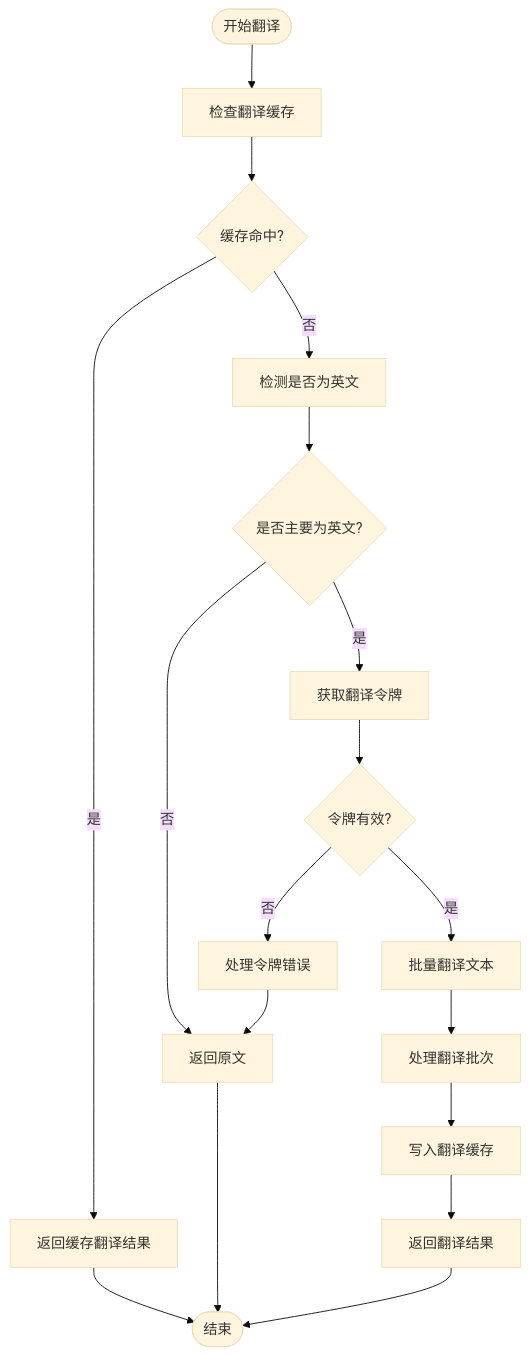
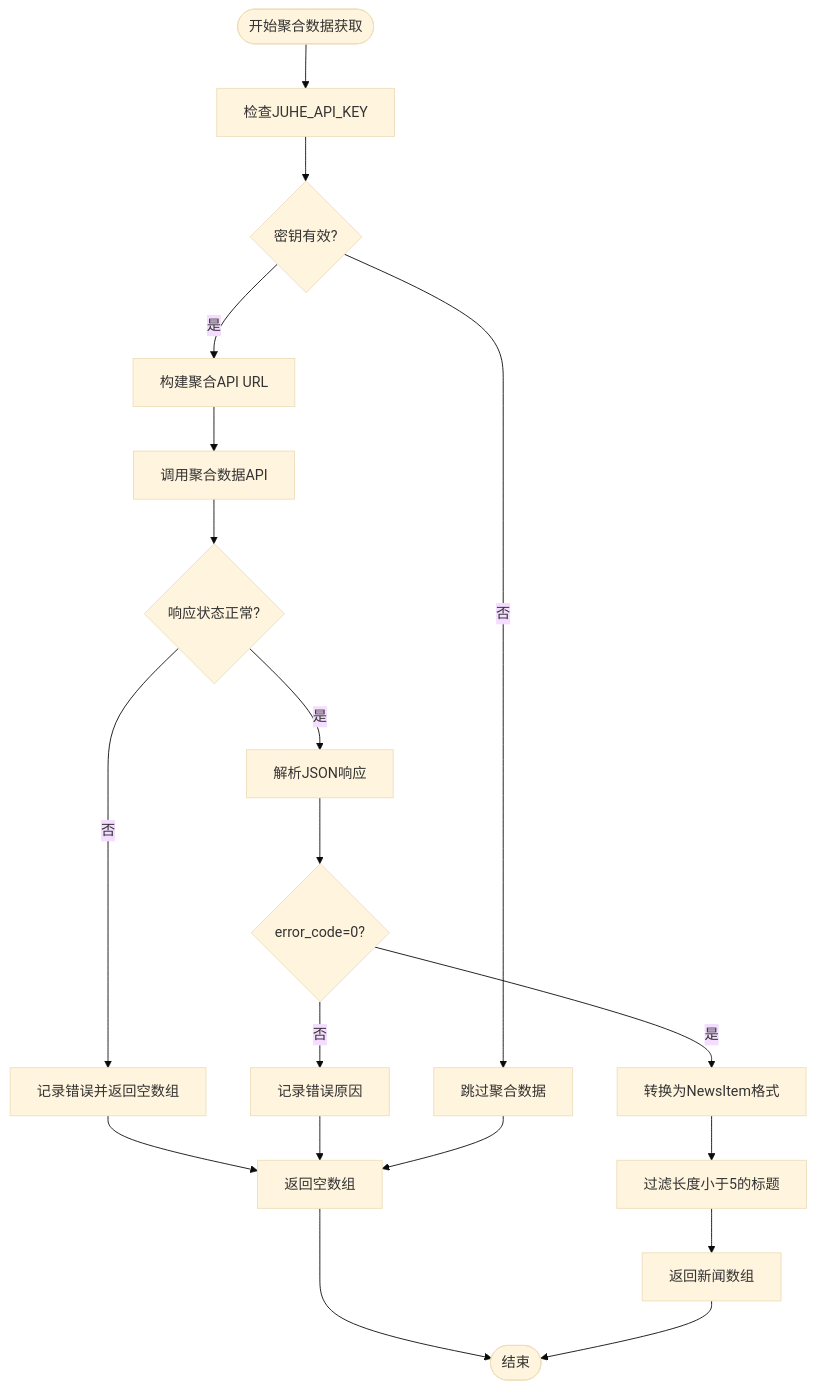
Before and after one commit to zuozuoliu740-cmd/xianxiong-news: the fourth of 15 diagrams in .qoder/repowiki/zh/content/核心功能模块/新闻数据获取系统.md, drawn with Mermaid (base theme). The commit also changed other lines of this file and 27 other files, not shown here.

Commit message:
feat: 新增AI实验室模块 - AI爆品替换工作台(视频替换/商品详情生成/图生视频/英文配音)、我的视频管理、首页入口卡片

````diff
--- a/.qoder/repowiki/zh/content/核心功能模块/新闻数据获取系统.md
+++ b/.qoder/repowiki/zh/content/核心功能模块/新闻数据获取系统.md
@@ -230,20 +285,21 @@
 ```mermaid
 flowchart TD
-Start([开始翻译]) --> CheckCache["检查翻译缓存"]
-CheckCache --> CacheHit{"缓存命中?"}
-CacheHit --> |是| ReturnCached["返回缓存翻译结果"]
-CacheHit --> |否| CheckEnglish["检测是否为英文"]
-CheckEnglish --> IsEnglish{"是否主要为英文?"}
-IsEnglish --> |否| ReturnOriginal["返回原文"]
-IsEnglish --> |是| GetToken["获取翻译令牌"]
-GetToken --> TokenValid{"令牌有效?"}
-TokenValid --> |否| HandleTokenError["处理令牌错误"]
-TokenValid --> |是| BatchTranslate["批量翻译文本"]
-BatchTranslate --> ProcessBatch["处理翻译批次"]
-ProcessBatch --> WriteCache["写入翻译缓存"]
-WriteCache --> ReturnTranslated["返回翻译结果"]
-HandleTokenError --> ReturnOriginal
-ReturnCached --> End([结束])
-ReturnOriginal --> End
-ReturnTranslated --> End
+Start([开始聚合数据获取]) --> CheckKey["检查JUHE_API_KEY"]
+CheckKey --> KeyValid{"密钥有效?"}
+KeyValid --> |否| SkipJuhe["跳过聚合数据"]
+KeyValid --> |是| BuildURL["构建聚合API URL"]
+BuildURL --> CallAPI["调用聚合数据API"]
+CallAPI --> CheckResponse{"响应状态正常?"}
+CheckResponse --> |是| ParseData["解析JSON响应"]
+CheckResponse --> |否| LogError["记录错误并返回空数组"]
+ParseData --> CheckErrorCode{"error_code=0?"}
+CheckErrorCode --> |否| LogReason["记录错误原因"]
+CheckErrorCode --> |是| TransformData["转换为NewsItem格式"]
+TransformData --> FilterShort["过滤长度小于5的标题"]
+FilterShort --> ReturnData["返回新闻数组"]
+LogError --> ReturnEmpty["返回空数组"]
+LogReason --> ReturnEmpty
+SkipJuhe --> ReturnEmpty
+ReturnEmpty --> End([结束])
+ReturnData --> End
 ```
````
